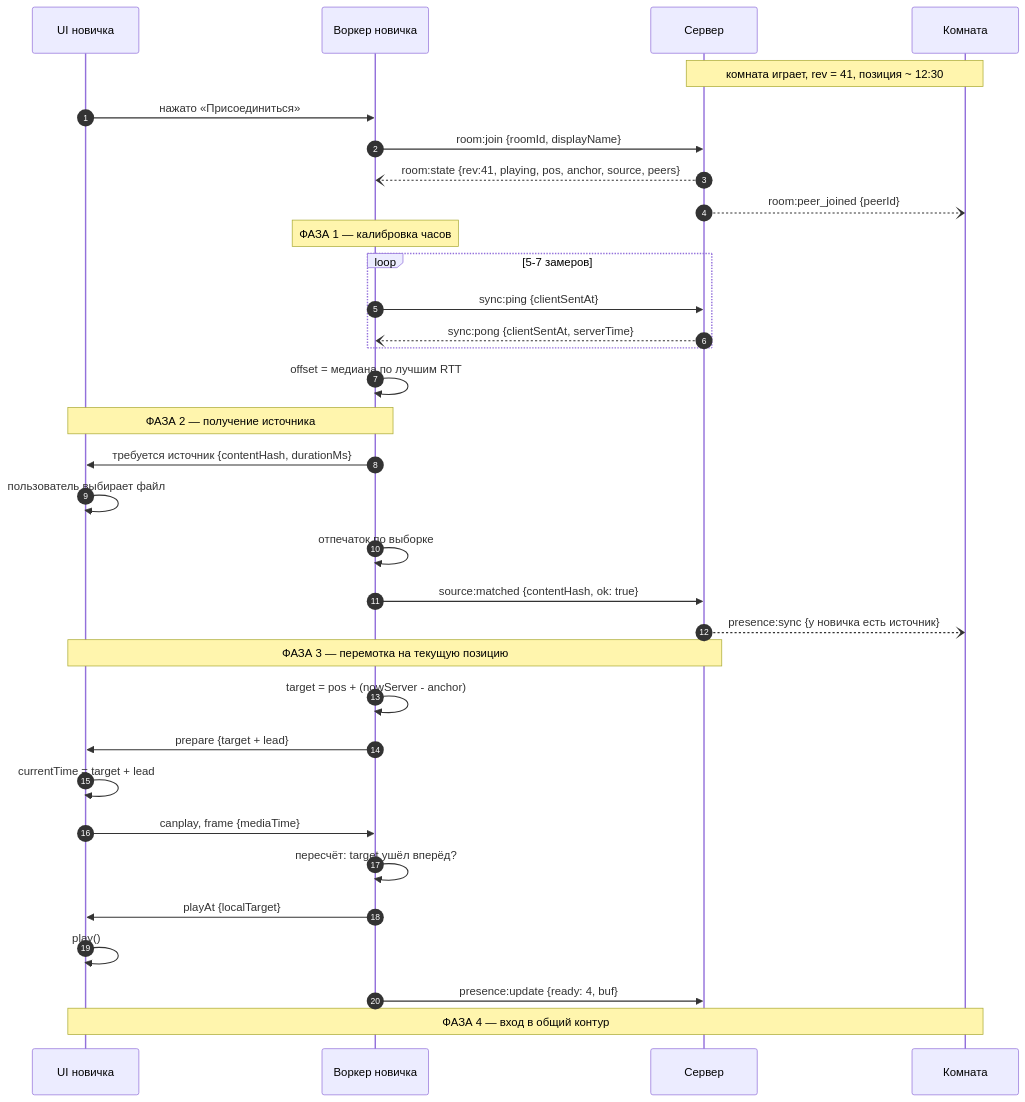
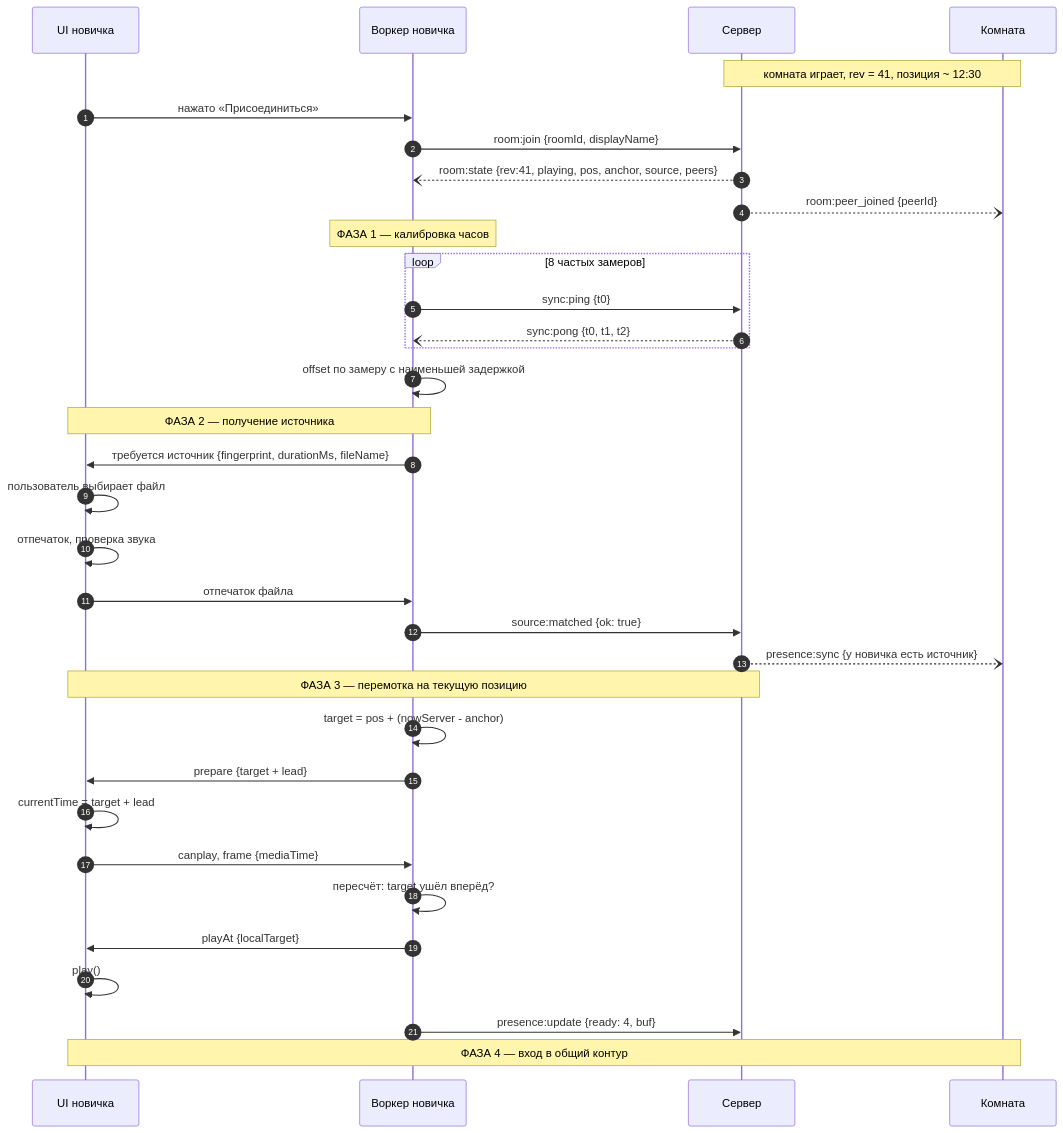
Before and after one commit to trybenon/web-dev: the diagram in docs/sync-latejoin.md, drawn with Mermaid. The commit also changed other lines of this file and 6 other files, not shown here.

````diff
--- a/docs/sync-latejoin.md
+++ b/docs/sync-latejoin.md
@@ -17,44 +17,45 @@
 ```mermaid
 sequenceDiagram
     autonumber
     participant UN as UI новичка
     participant WN as Воркер новичка
     participant S as Сервер
     participant P as Комната
 
     Note over S,P: комната играет, rev = 41, позиция ~ 12:30
 
     UN->>WN: нажато «Присоединиться»
     WN->>S: room:join {roomId, displayName}
     S--)WN: room:state {rev:41, playing, pos, anchor, source, peers}
     S--)P: room:peer_joined {peerId}
 
     Note over WN: ФАЗА 1 — калибровка часов
 
-    loop 5-7 замеров
-        WN->>S: sync:ping {clientSentAt}
-        S--)WN: sync:pong {clientSentAt, serverTime}
+    loop 8 частых замеров
+        WN->>S: sync:ping {t0}
+        S--)WN: sync:pong {t0, t1, t2}
     end
-    WN->>WN: offset = медиана по лучшим RTT
+    WN->>WN: offset по замеру с наименьшей задержкой
 
     Note over UN,WN: ФАЗА 2 — получение источника
 
-    WN->>UN: требуется источник {contentHash, durationMs}
+    WN->>UN: требуется источник {fingerprint, durationMs, fileName}
     UN->>UN: пользователь выбирает файл
-    WN->>WN: отпечаток по выборке
-    WN->>S: source:matched {contentHash, ok: true}
+    UN->>UN: отпечаток, проверка звука
+    UN->>WN: отпечаток файла
+    WN->>S: source:matched {ok: true}
     S--)P: presence:sync {у новичка есть источник}
 
     Note over UN,S: ФАЗА 3 — перемотка на текущую позицию
 
     WN->>WN: target = pos + (nowServer - anchor)
     WN->>UN: prepare {target + lead}
     UN->>UN: currentTime = target + lead
     UN->>WN: canplay, frame {mediaTime}
     WN->>WN: пересчёт: target ушёл вперёд?
     WN->>UN: playAt {localTarget}
     UN->>UN: play()
     WN->>S: presence:update {ready: 4, buf}
 
     Note over UN,P: ФАЗА 4 — вход в общий контур
 ```
````
